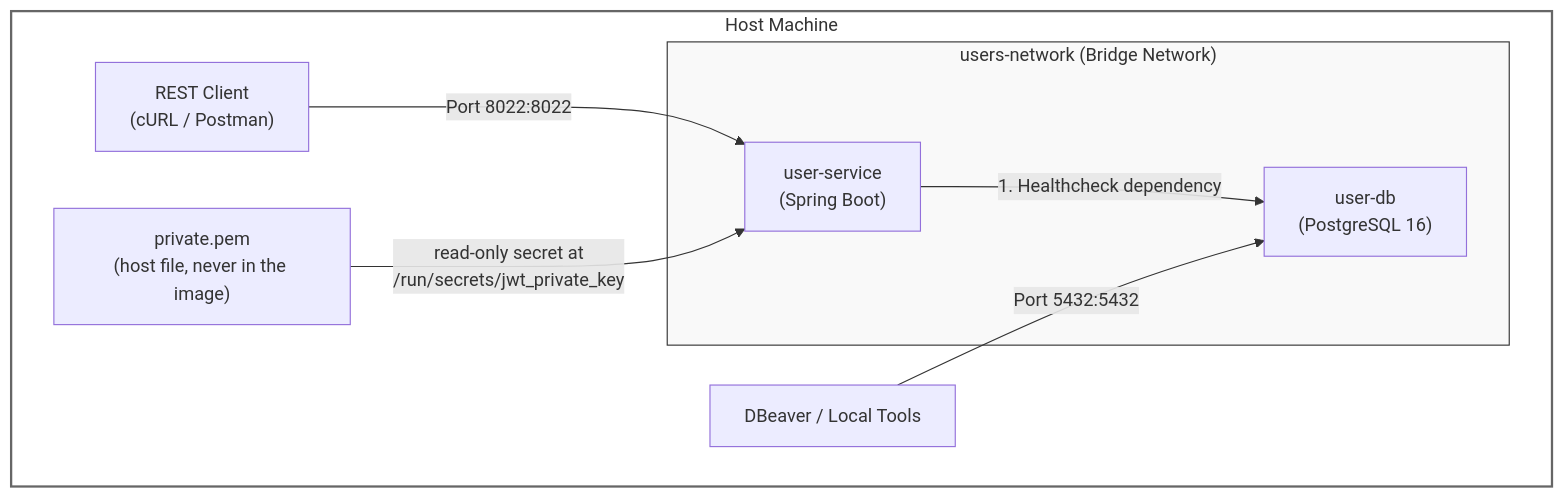
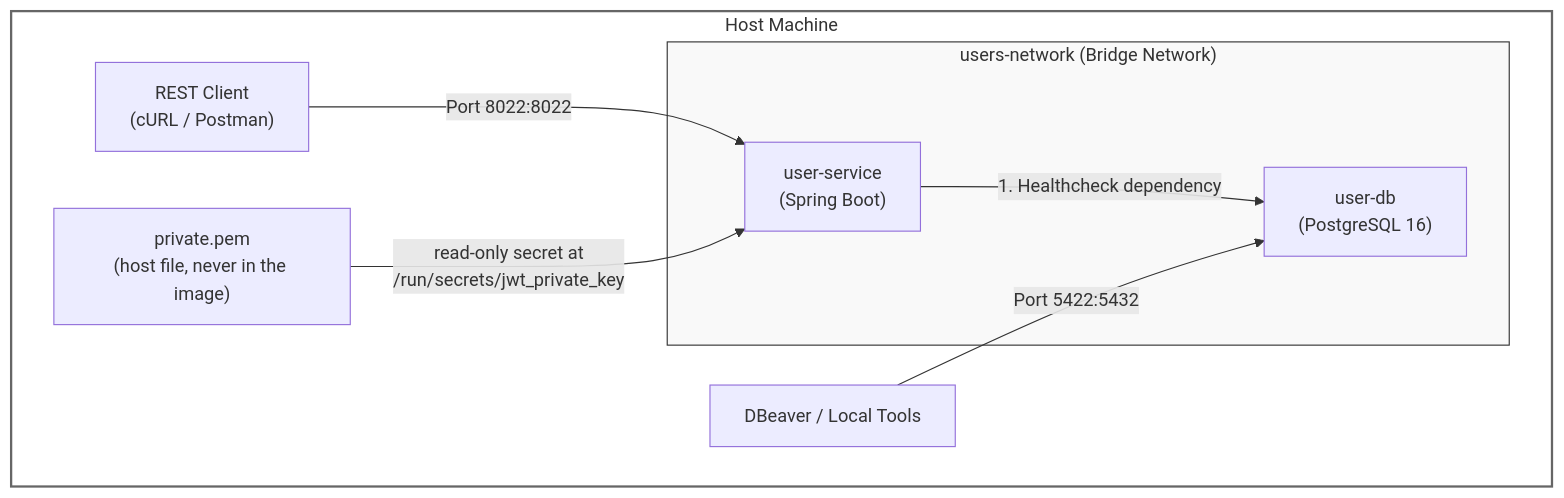
One commit to ensanguine2279/sctp-aie-m4-assignment-api-users changed the diagram in README-docker-compose.md. Above: the diagram before and after it, drawn with Mermaid. The commit also changed other lines of this file and 7 other files, not shown here.

````diff
--- a/README-docker-compose.md
+++ b/README-docker-compose.md
@@ -9,21 +9,21 @@
 ```mermaid
 graph TD
     subgraph Host ["Host Machine"]
         subgraph Bridge ["users-network (Bridge Network)"]
             DB["user-db<br/>(PostgreSQL 16)"]
             APP["user-service<br/>(Spring Boot)"]
         end
 
         DB_TOOL["DBeaver / Local Tools"]
         REST_TOOL["REST Client<br/>(cURL / Postman)"]
         KEY["private.pem<br/>(host file, never in the image)"]
     end
 
     APP -- "1. Healthcheck dependency" --> DB
-    DB_TOOL -- "Port 5432:5432" --> DB
+    DB_TOOL -- "Port 5422:5432" --> DB
     REST_TOOL -- "Port 8022:8022" --> APP
     KEY -- "read-only secret at<br/>/run/secrets/jwt_private_key" --> APP
 
     style Bridge fill:#f9f9f9,stroke:#333,stroke-width:1px
     style Host fill:#ffffff,stroke:#666,stroke-width:2px
 ```
````
